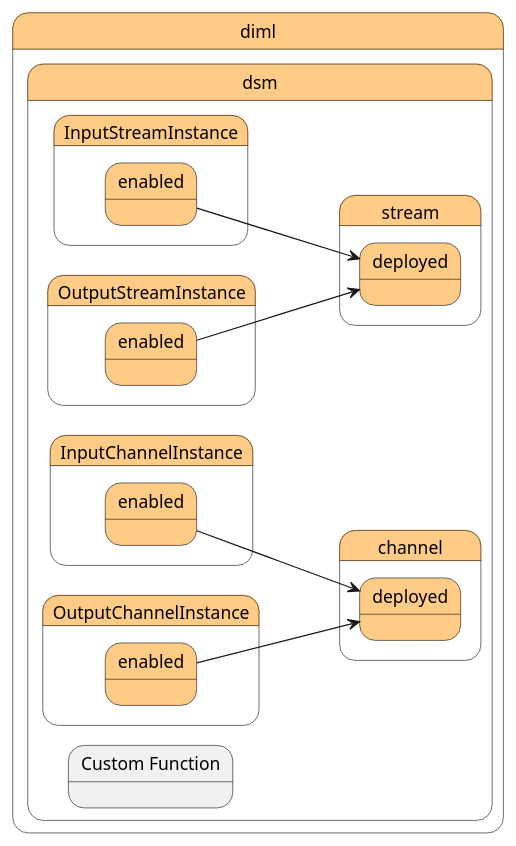
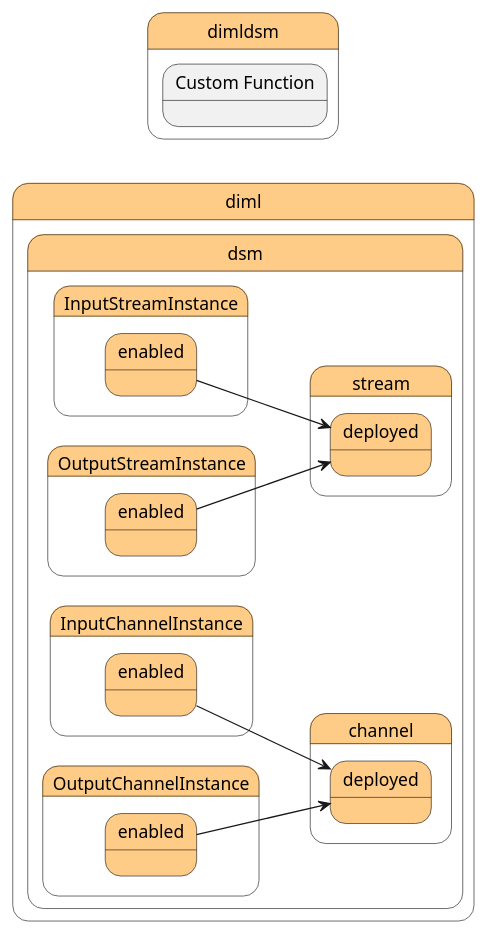
Before and after one commit to madajaju/sabr: the diagram in docs/sabr/diml/dsm/process.puml, drawn with PlantUML. The commit also changed 597 other files, not shown here.

```diff
--- a/docs/sabr/diml/dsm/process.puml
+++ b/docs/sabr/diml/dsm/process.puml
@@ -1,128 +1,128 @@
 @startuml
 left to right direction
 
 
 state "diml" as diml #ffcc88 {
 state "dsm" as dimldsm #ffcc88 {
 }
 }
 
 
-state dimldsm #ffcc88 {
+state "dimldsm" as pstatename #ffcc88 {
     state "Custom Function" as dsmfunction {
     }
 }
 
         state "diml" as diml #ffcc88 {
 state "dsm" as dimldsm #ffcc88 {
 state "channel" as dimldsmchannel #ffcc88 {
 state "deployed" as dimldsmchanneldeployed #ffcc88 {
 }
 }
 }
 }
 
 
         state "diml" as diml #ffcc88 {
 state "dsm" as dimldsm #ffcc88 {
 state "stream" as dimldsmstream #ffcc88 {
 state "deployed" as dimldsmstreamdeployed #ffcc88 {
 }
 }
 }
 }
 
 
 
 
         state "diml" as diml #ffcc88 {
 state "dsm" as dimldsm #ffcc88 {
 state "InputChannelInstance" as dimldsminputchannelinstance #ffcc88 {
 state "enabled" as dimldsminputchannelinstanceenabled #ffcc88 {
 }
 }
 }
 }
 
         
     state "diml" as diml #ffcc88 {
 state "dsm" as dimldsm #ffcc88 {
 state "channel" as dimldsmchannel #ffcc88 {
 state "deployed" as dimldsmchanneldeployed #ffcc88 {
 }
 }
 }
 }
 
     dimldsminputchannelinstanceenabled ---> dimldsmchanneldeployed
   
 
         state "diml" as diml #ffcc88 {
 state "dsm" as dimldsm #ffcc88 {
 state "InputStreamInstance" as dimldsminputstreaminstance #ffcc88 {
 state "enabled" as dimldsminputstreaminstanceenabled #ffcc88 {
 }
 }
 }
 }
 
         
     state "diml" as diml #ffcc88 {
 state "dsm" as dimldsm #ffcc88 {
 state "stream" as dimldsmstream #ffcc88 {
 state "deployed" as dimldsmstreamdeployed #ffcc88 {
 }
 }
 }
 }
 
     dimldsminputstreaminstanceenabled ---> dimldsmstreamdeployed
   
 
         state "diml" as diml #ffcc88 {
 state "dsm" as dimldsm #ffcc88 {
 state "OutputChannelInstance" as dimldsmoutputchannelinstance #ffcc88 {
 state "enabled" as dimldsmoutputchannelinstanceenabled #ffcc88 {
 }
 }
 }
 }
 
         
     
     dimldsmoutputchannelinstanceenabled ---> dimldsmchanneldeployed
   
 
         state "diml" as diml #ffcc88 {
 state "dsm" as dimldsm #ffcc88 {
 state "OutputStreamInstance" as dimldsmoutputstreaminstance #ffcc88 {
 state "enabled" as dimldsmoutputstreaminstanceenabled #ffcc88 {
 }
 }
 }
 }
 
         
     
     dimldsmoutputstreaminstanceenabled ---> dimldsmstreamdeployed
   
 
 
     
     
         
        
     
     
         
        
     
     
         
        
     
     
         
        
 
 @enduml
```
